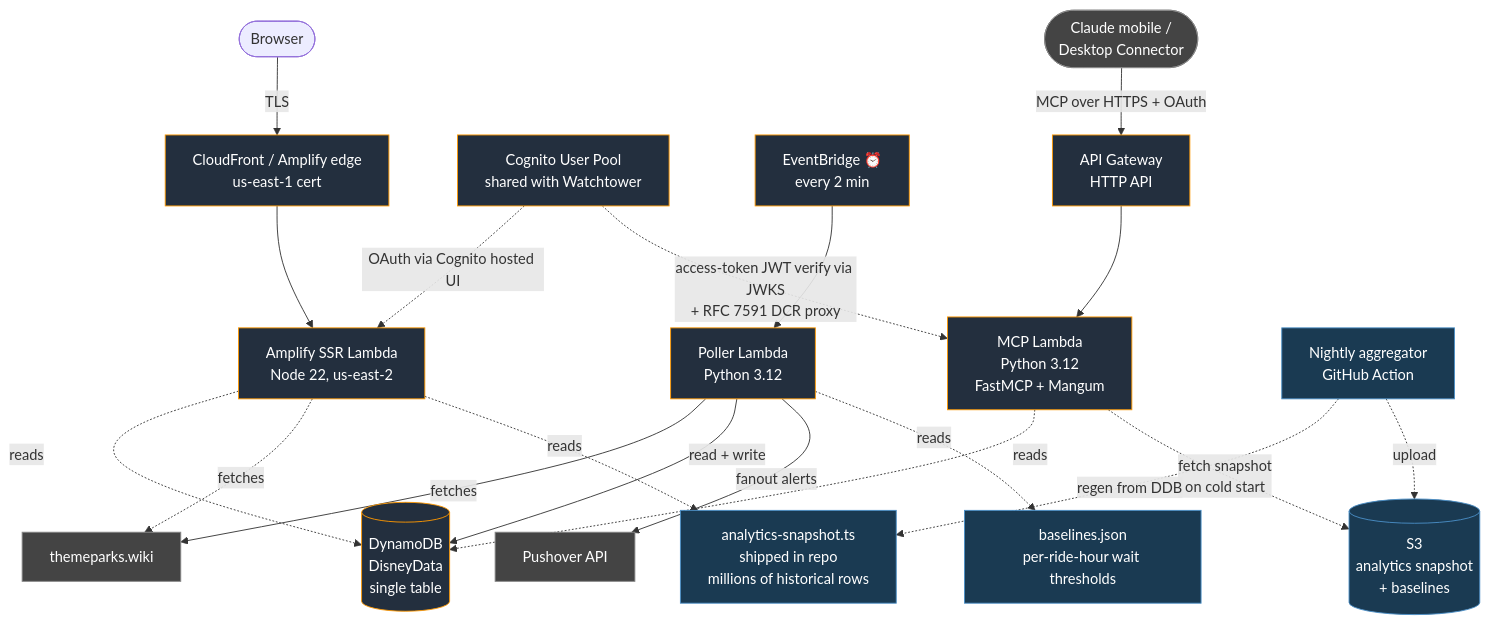
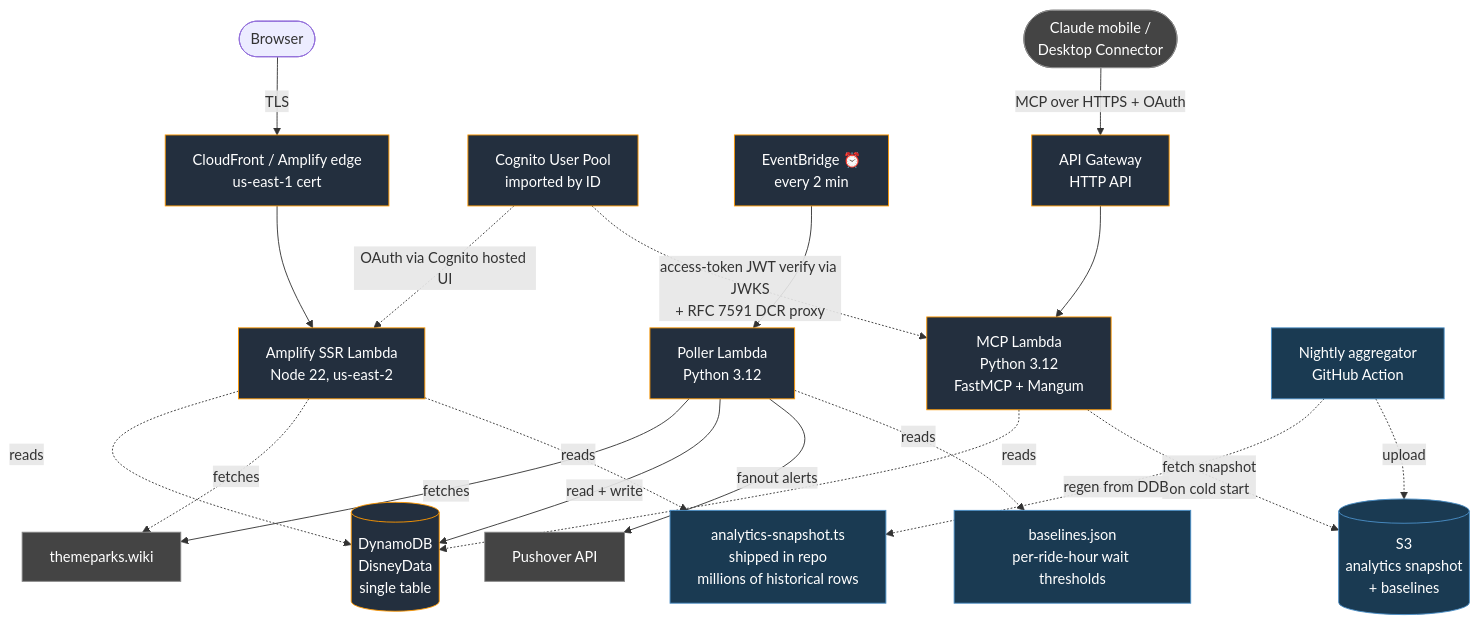
The diagram in README.md (illinigirl/MagicMonitor), drawn with Mermaid before and after one commit. The commit also changed other lines of this file and 5 other files, not shown here.

First line of the commit message:
docs: reframe Watchtower references as accurate 'imported pool / earlier project'

````diff
--- a/README.md
+++ b/README.md
@@ -52,31 +52,31 @@
 ```mermaid
 flowchart TD
     Browser([Browser]) -->|TLS| CF[CloudFront / Amplify edge<br/>us-east-1 cert]
     CF --> SSR[Amplify SSR Lambda<br/>Node 22, us-east-2]
     SSR -.->|reads| DDB[(DynamoDB<br/>DisneyData<br/>single table)]
     SSR -.->|fetches| TPW[themeparks.wiki]
-    Cog[Cognito User Pool<br/>shared with Watchtower] -.->|OAuth via Cognito hosted UI| SSR
+    Cog[Cognito User Pool<br/>imported by ID] -.->|OAuth via Cognito hosted UI| SSR
 
     EB[EventBridge ⏰<br/>every 2 min] --> Poll[Poller Lambda<br/>Python 3.12]
     Poll -->|fetches| TPW
     Poll -->|read + write| DDB
     Poll -->|fanout alerts| PO[Pushover API]
 
     Claude([Claude mobile /<br/>Desktop Connector]) -->|MCP over HTTPS + OAuth| APIGW[API Gateway<br/>HTTP API]
     APIGW --> MCP[MCP Lambda<br/>Python 3.12<br/>FastMCP + Mangum]
     MCP -.->|reads| DDB
     MCP -.->|fetch snapshot<br/>on cold start| S3[(S3<br/>analytics snapshot<br/>+ baselines)]
     Cog -.->|access-token JWT verify via JWKS<br/>+ RFC 7591 DCR proxy| MCP
 
     SSR -.reads.-> Snapshot[analytics-snapshot.ts<br/>shipped in repo<br/>millions of historical rows]
     Poll -.reads.-> Baselines[baselines.json<br/>per-ride-hour wait thresholds]
     Agg[Nightly aggregator<br/>GitHub Action] -.->|regen from DDB| Snapshot
     Agg -.->|upload| S3
 
     classDef aws fill:#232f3e,stroke:#ff9900,color:#fff
     classDef ext fill:#444,stroke:#888,color:#fff
     classDef data fill:#1a3a52,stroke:#4a8fc7,color:#fff
     class CF,SSR,EB,Poll,Cog,DDB,APIGW,MCP aws
     class TPW,PO,Claude ext
     class Snapshot,Baselines,S3,Agg data
 ```
````
